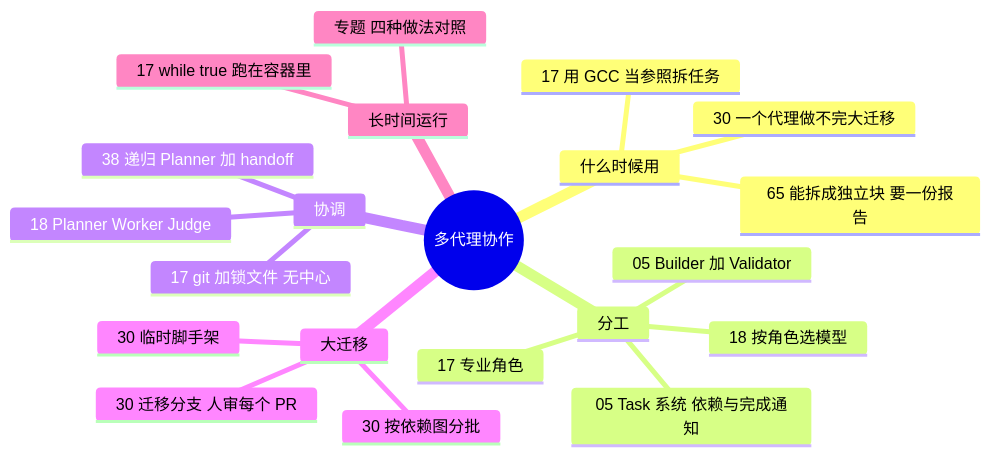
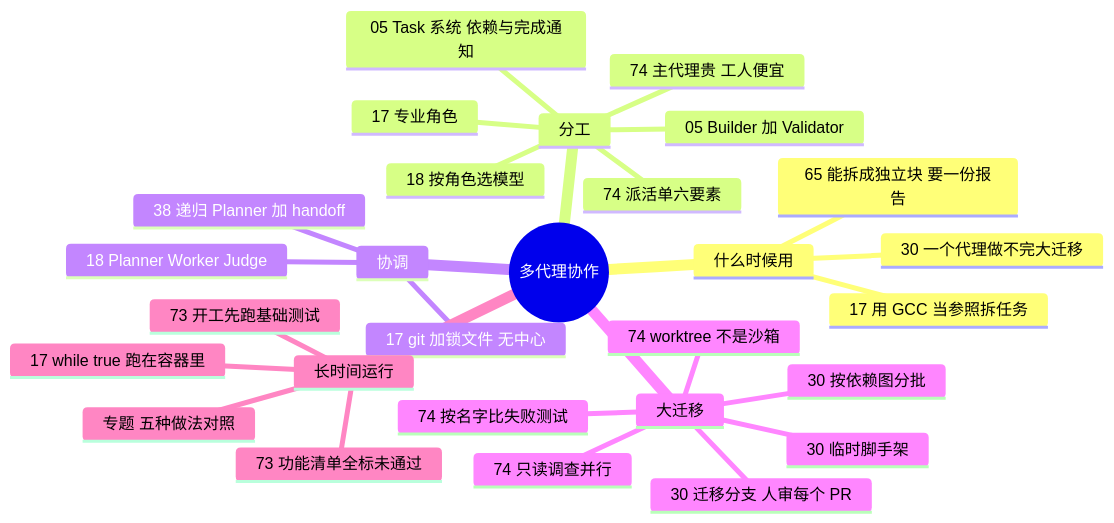
The diagram in docs/guide/multi.md (yzw7489757/ai-coding-videos), drawn with Mermaid before and after one commit. The commit also changed other lines of this file and 21 other files, not shown here.

````diff
--- a/docs/guide/multi.md
+++ b/docs/guide/multi.md
@@ -15,24 +15,31 @@
 ```mermaid
 mindmap
   root((多代理协作))
     什么时候用
       65 能拆成独立块 要一份报告
       17 用 GCC 当参照拆任务
       30 一个代理做不完大迁移
     分工
       05 Builder 加 Validator
       05 Task 系统 依赖与完成通知
       17 专业角色
       18 按角色选模型
+      74 主代理贵 工人便宜
+      74 派活单六要素
     协调
       17 git 加锁文件 无中心
       18 Planner Worker Judge
       38 递归 Planner 加 handoff
     大迁移
       30 迁移分支 人审每个 PR
       30 按依赖图分批
       30 临时脚手架
+      74 按名字比失败测试
+      74 只读调查并行
+      74 worktree 不是沙箱
     长时间运行
       17 while true 跑在容器里
-      专题 四种做法对照
+      73 功能清单全标未通过
+      73 开工先跑基础测试
+      专题 五种做法对照
 ```
````
